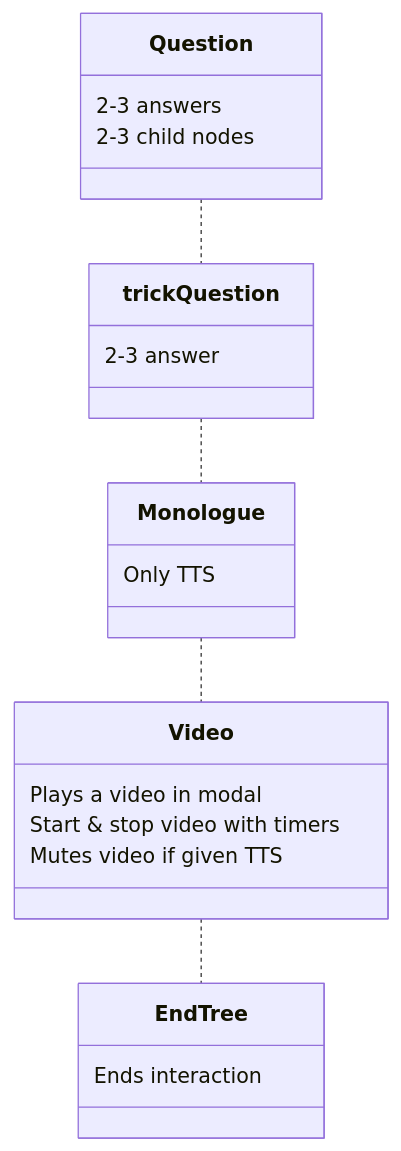
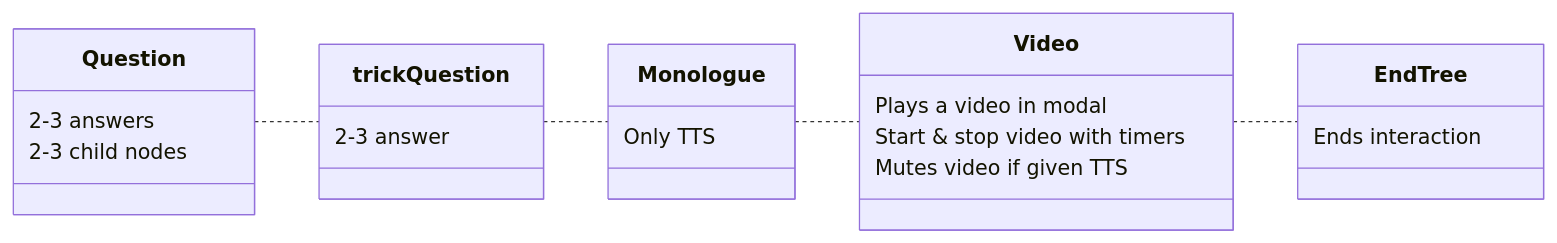
Before and after one commit to socbots/flossa-webapp: the second of 2 diagrams in README.md, drawn with Mermaid. The commit also changed other lines of this file and 11 other files, not shown here.

````diff
--- a/README.md
+++ b/README.md
@@ -68,25 +139,26 @@
 ```mermaid
-classDiagram
+classDiagram 
+direction LR
   class Question {
     2-3 answers
     2-3 child nodes
   }
   class trickQuestion{
     2-3 answer
   }
   class Monologue{
     Only TTS
   }
   class Video{
     Plays a video in modal
     Start & stop video with timers
     Mutes video if given TTS
   }
   class EndTree{
     Ends interaction
   }
   Question .. trickQuestion
   trickQuestion .. Monologue
   Monologue .. Video
   Video .. EndTree
 ```
````
